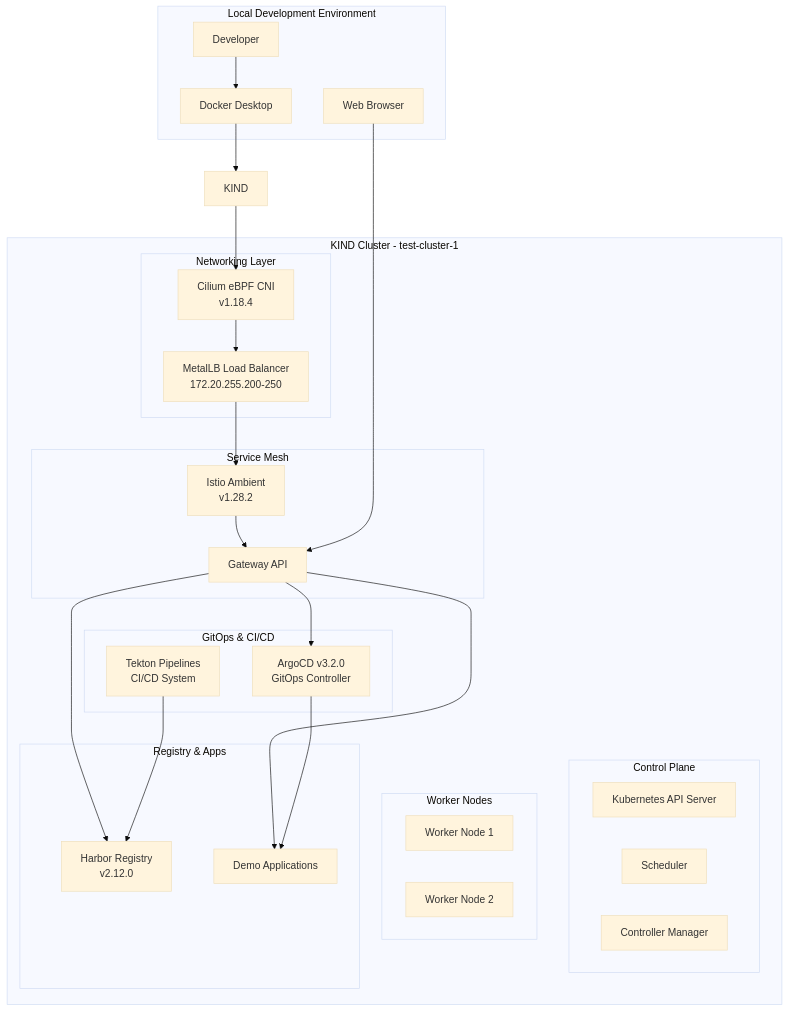
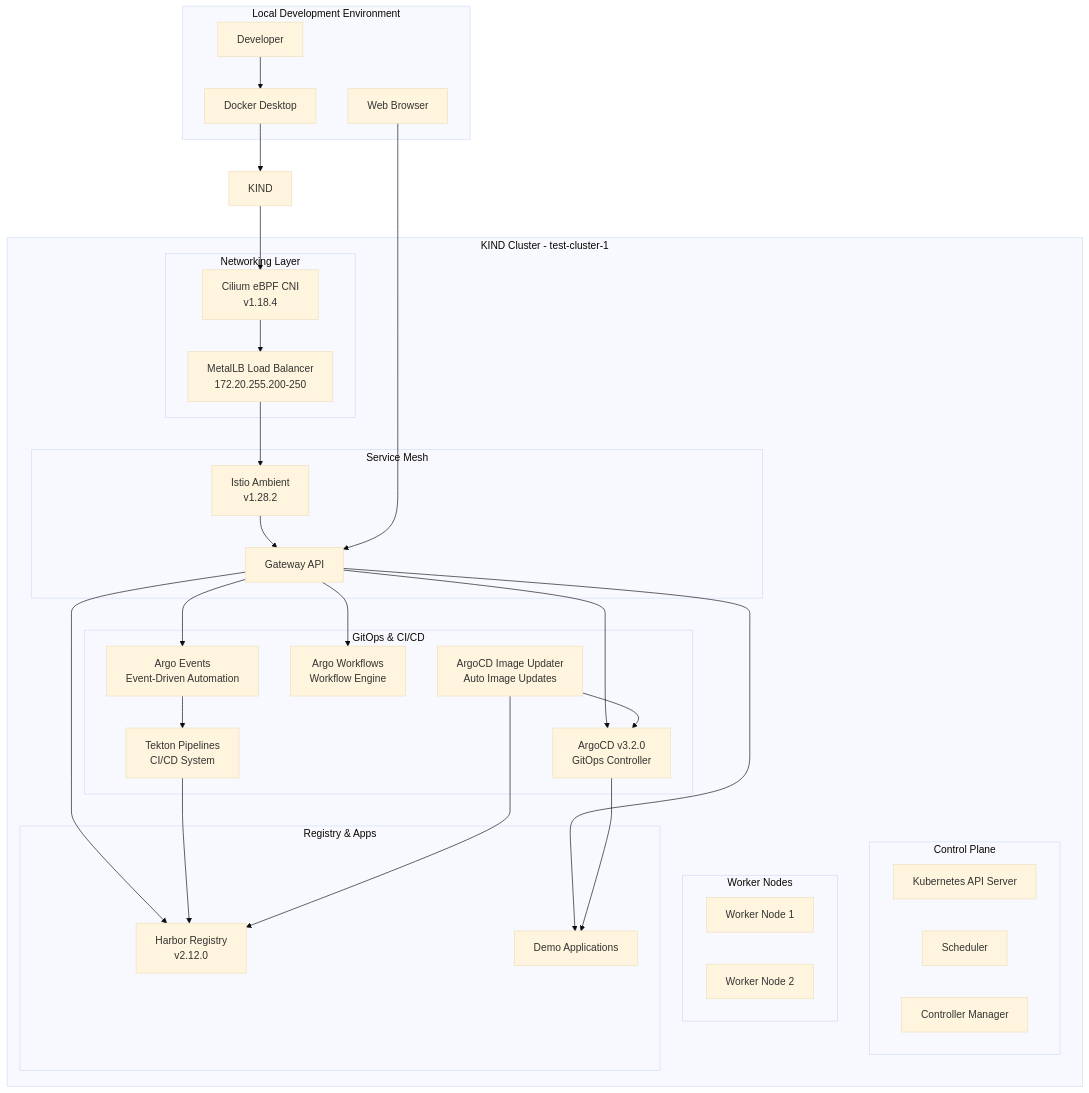
Before and after one commit to emilpeychev/kind-cluster-cilium: the first of 2 diagrams in README.md, drawn with Mermaid (base theme). The commit also changed other lines of this file and 7 other files, not shown here.

Commit message:
add argo workflows

````diff
--- a/README.md
+++ b/README.md
@@ -44,54 +49,62 @@
 ```mermaid
 graph TB
     subgraph "Local Development Environment"
         Dev[Developer]
         Browser[Web Browser]
         Docker[Docker Desktop]
     end
     
     subgraph "KIND Cluster - test-cluster-1"
         subgraph "Control Plane"
             K8sAPI[Kubernetes API Server]
             Scheduler[Scheduler]
             Controller[Controller Manager]
         end
         
         subgraph "Worker Nodes"
             Node1[Worker Node 1]
             Node2[Worker Node 2]
         end
         
         subgraph "Networking Layer"
             Cilium[Cilium eBPF CNI<br/>v1.18.4]
             MetalLB[MetalLB Load Balancer<br/>172.20.255.200-250]
         end
         
         subgraph "Service Mesh"
             Istio[Istio Ambient<br/>v1.28.2]
             Gateway[Gateway API]
         end
         
         subgraph "GitOps & CI/CD"
             ArgoCD[ArgoCD v3.2.0<br/>GitOps Controller]
+            ArgoEvents[Argo Events<br/>Event-Driven Automation]
+            ArgoWorkflows[Argo Workflows<br/>Workflow Engine]
             Tekton[Tekton Pipelines<br/>CI/CD System]
+            ImageUpdater[ArgoCD Image Updater<br/>Auto Image Updates]
         end
         
         subgraph "Registry & Apps"
             Harbor[Harbor Registry<br/>v2.12.0]
             DemoApp[Demo Applications]
         end
     end
     
     Dev --> Docker
     Docker --> KIND
     KIND --> Cilium
     Cilium --> MetalLB
     MetalLB --> Istio
     Istio --> Gateway
     Gateway --> ArgoCD
+    Gateway --> ArgoEvents
+    Gateway --> ArgoWorkflows
     Gateway --> Harbor
     Gateway --> DemoApp
+    ArgoEvents --> Tekton
     Tekton --> Harbor
+    ImageUpdater --> Harbor
+    ImageUpdater --> ArgoCD
     ArgoCD --> DemoApp
     Browser --> Gateway
 ```
````
